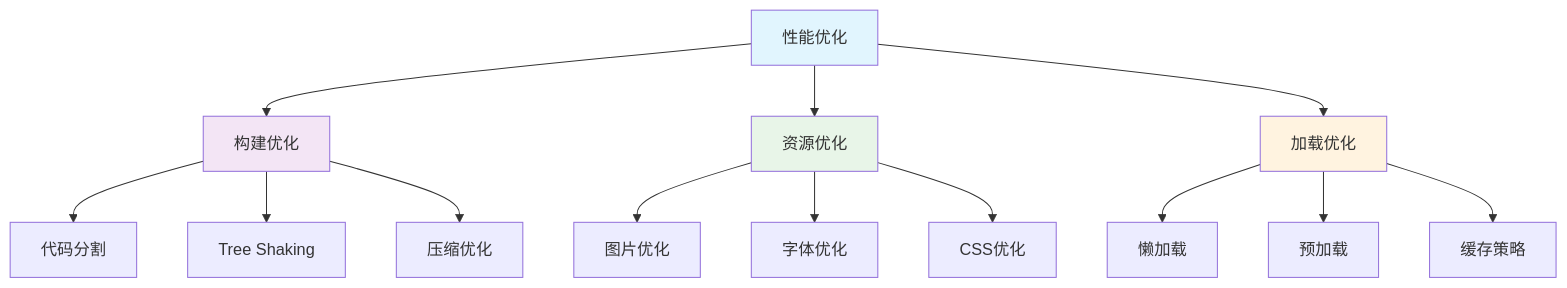
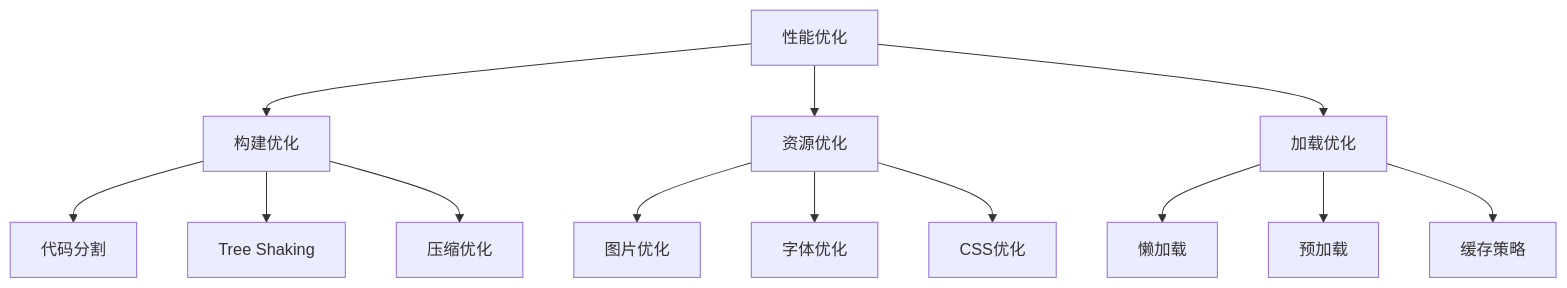
One commit to ChanMeng666/ai-programming-teaching-project changed the ninth of 10 diagrams in versioned_docs/version-2024-winter/tutorials/docusaurus-tutorial.mdx. Above: the diagram before and after it, drawn with Mermaid. The commit also changed other lines of this file and 94 other files, not shown here.

First line of the commit message:
refactor(docs): unify MDX style and add Mermaid dual-view component

````diff
--- a/versioned_docs/version-2024-winter/tutorials/docusaurus-tutorial.mdx
+++ b/versioned_docs/version-2024-winter/tutorials/docusaurus-tutorial.mdx
@@ -700,23 +660,18 @@
 ```mermaid
 graph TD
     A[性能优化] --> B[构建优化]
     A --> C[资源优化]
     A --> D[加载优化]
     
     B --> B1[代码分割]
     B --> B2[Tree Shaking]
     B --> B3[压缩优化]
     
     C --> C1[图片优化]
     C --> C2[字体优化]
     C --> C3[CSS优化]
     
     D --> D1[懒加载]
     D --> D2[预加载]
     D --> D3[缓存策略]
-    
-    style A fill:#e1f5fe
-    style B fill:#f3e5f5
-    style C fill:#e8f5e8
-    style D fill:#fff3e0
 ```
````
